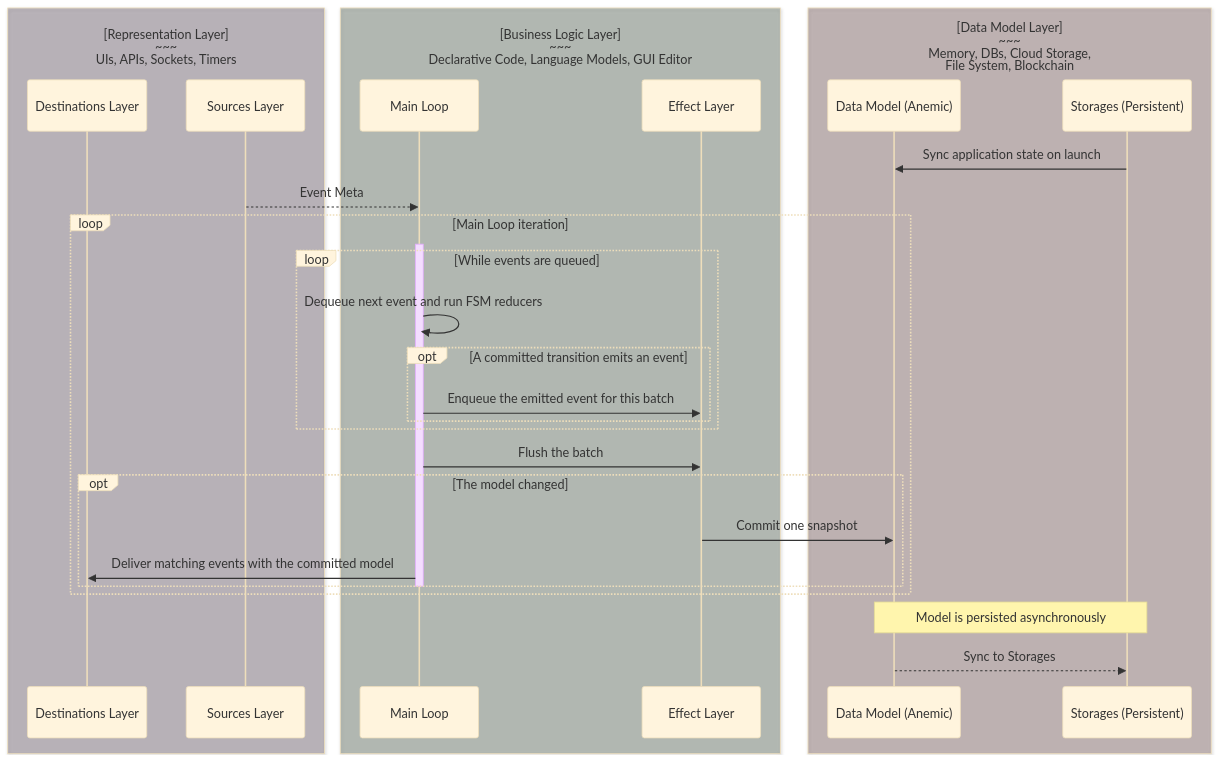
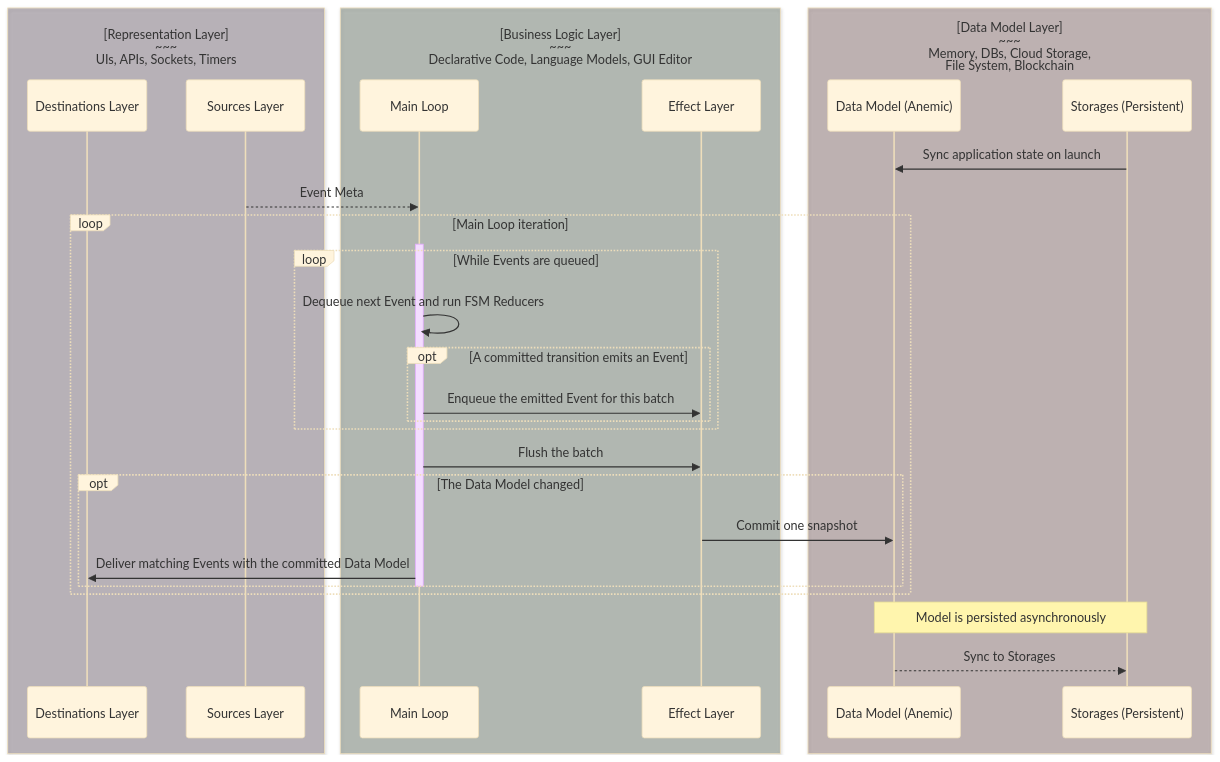
Before and after one commit to tfcp68/yantrix: the fifth of 5 diagrams in docs/concepts/400_data_flow.md, drawn with Mermaid (base theme). The commit also changed other lines of this file and 17 other files, not shown here.

````diff
--- a/docs/concepts/400_data_flow.md
+++ b/docs/concepts/400_data_flow.md
@@ -147,34 +160,34 @@
 ```mermaid
 sequenceDiagram
 	box rgba(25,0,25,0.25) [Representation Layer]<br/>~~~</br>UIs, APIs, Sockets, Timers
 		participant DST as Destinations Layer
 		participant SRC as Sources Layer
 	end
 	box rgba(0,25,0,0.25) [Business Logic Layer]<br/>~~~</br>Declarative Code, Language Models, GUI Editor
 		participant MT as Main Loop
 		participant EL as Effect Layer
 	end
 	box rgba(50,0,0,0.25) [Data Model Layer]<br/>~~~</br>Memory, DBs, Cloud Storage,<br/> File System, Blockchain
 		participant MDL as Data Model (Anemic)
 		participant DB as Storages (Persistent)
 	end
 	DB ->> MDL: Sync application state on launch
 	SRC -->> MT: Event Meta
 	loop Main Loop iteration
 		activate MT
-		loop While events are queued
-			MT ->> MT: Dequeue next event and run FSM reducers
-			opt A committed transition emits an event
-				MT ->> EL: Enqueue the emitted event for this batch
+		loop While Events are queued
+			MT ->> MT: Dequeue next Event and run FSM Reducers
+			opt A committed transition emits an Event
+				MT ->> EL: Enqueue the emitted Event for this batch
 			end
 		end
 		MT ->> EL: Flush the batch
-		opt The model changed
+		opt The Data Model changed
 			EL ->> MDL: Commit one snapshot
-			MT ->> DST: Deliver matching events with the committed model
+			MT ->> DST: Deliver matching Events with the committed Data Model
 		end
 		deactivate MT
 	end
 	Note over MDL, DB: Model is persisted asynchronously
 	MDL -->> DB: Sync to Storages
 ```
````
